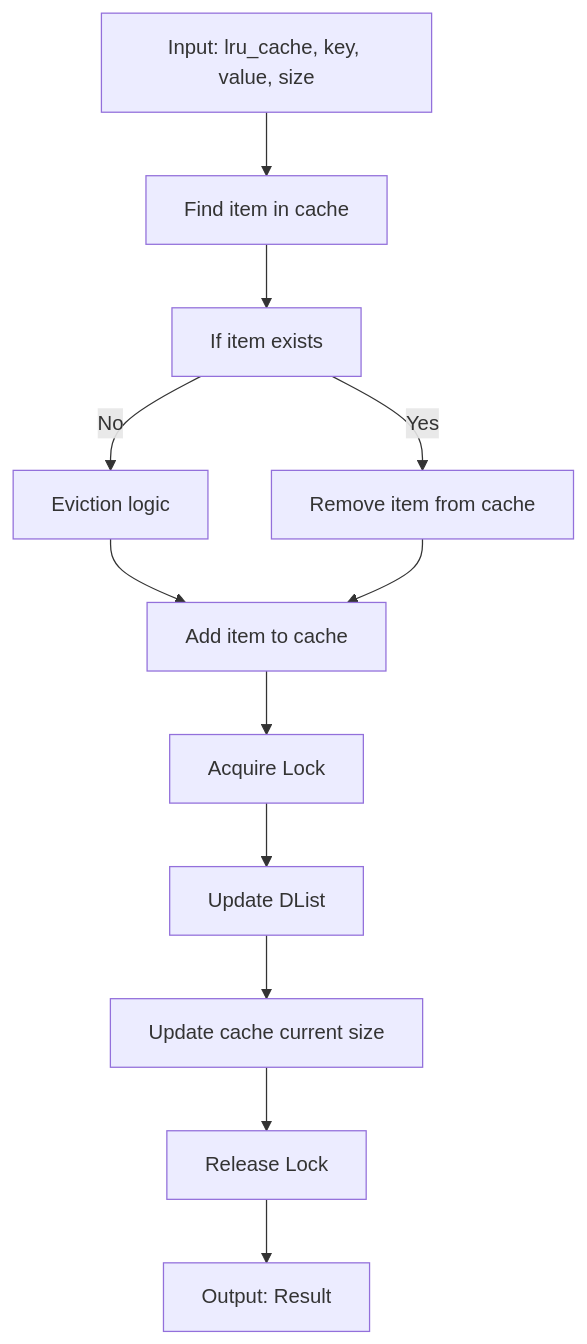
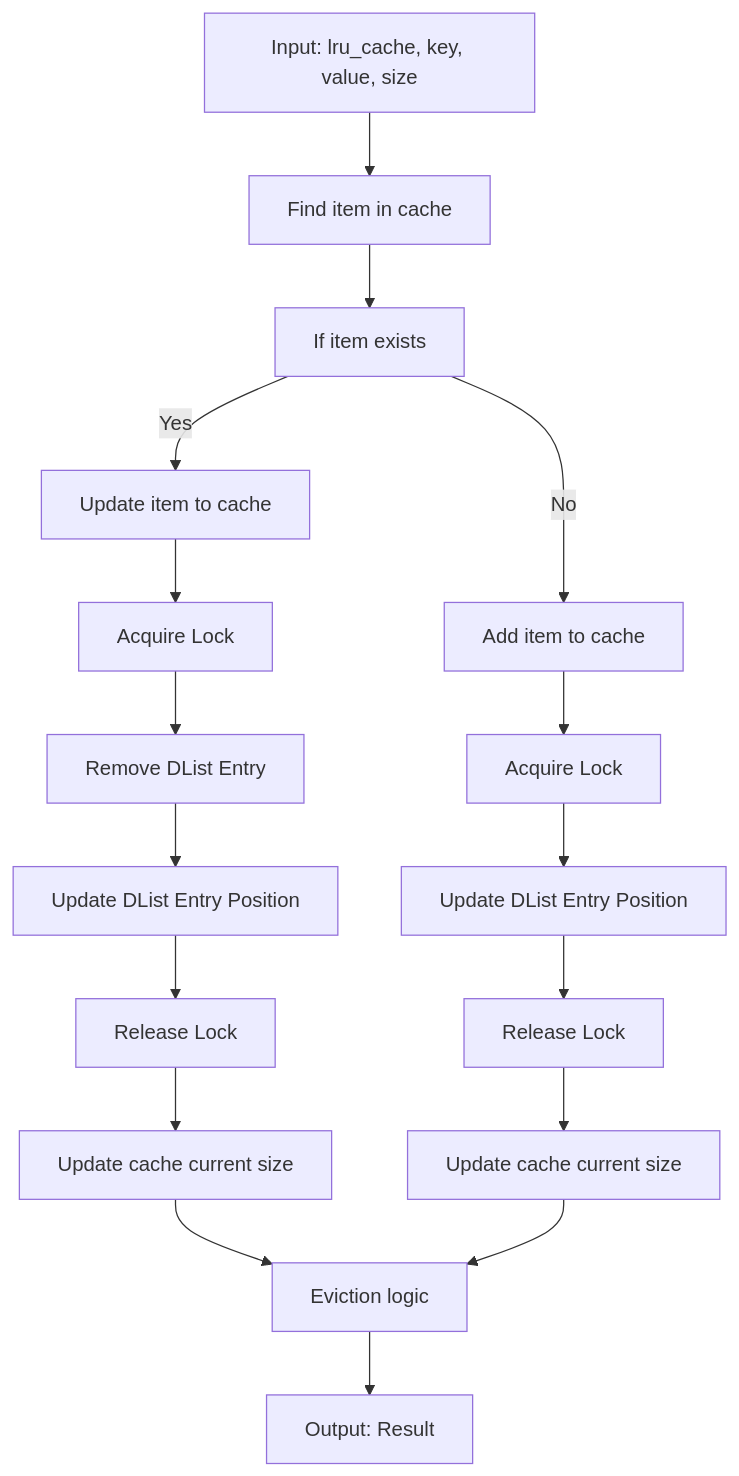
Before and after one commit to Azure/clds: the first of 3 diagrams in devdoc/lru_cache_design.md, drawn with Mermaid. The commit also changed other lines of this file and 4 other files, not shown here.

````diff
--- a/devdoc/lru_cache_design.md
+++ b/devdoc/lru_cache_design.md
@@ -48,26 +48,37 @@
 ```mermaid
 graph TD
     A[Input: lru_cache, key, value, size]
-    B[Acquire Lock]
-    C[Find item in cache]
-    D[If item exists]
-    E[Remove item from cache]
-    F[Eviction logic]
-    G[Add item to cache]
-    H[Update DList]
-    I[Update cache current size]
-    J[Release Lock]
-    K[Output: Result]
+    B[Find item in cache]
+    C[If item exists]
+    E[Add item to cache]
+    F[Acquire Lock]
+    G[Update DList Entry Position]
+    H[Update cache current size]
+    I[Release Lock]
+    J[Update item to cache]
+    K[Acquire Lock]
+    L[Remove DList Entry]
+    M[Update DList Entry Position]
+    P[Release Lock]
+    N[Update cache current size]
+    O[Eviction logic]
+    Z[Output: Result]
 
-    A --> C
-    C --> D
-    D -->|Yes| E
-    D -->|No| F
+    A --> B
+    B --> C
+    C -->|Yes| J
+    C -->|No| E
+    E --> F
     F --> G
-    E --> G
-    G --> B
-    B --> H
-    H --> I
-    I --> J
+    G --> I
+    I --> H
     J --> K
+    K --> L
+    L --> M
+    M --> P
+    P --> N
+    N --> O
+    H --> O
+    O --> Z
+
 ```
````
